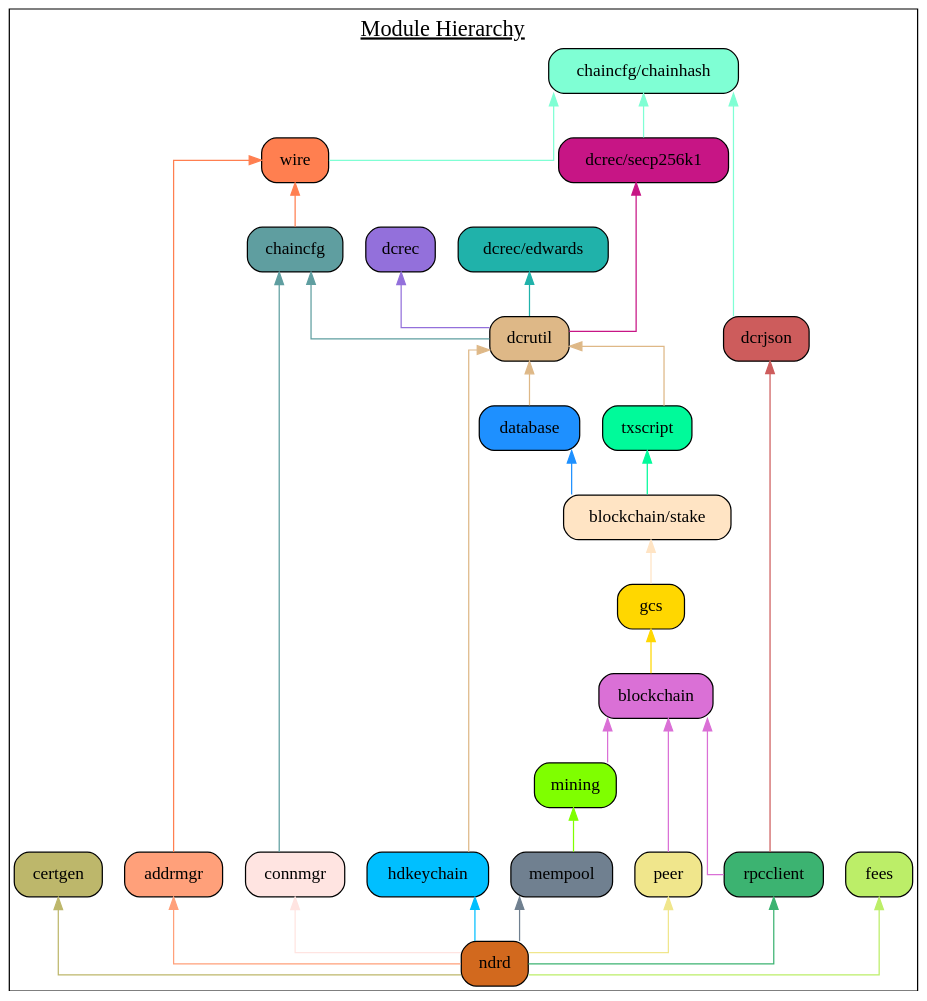
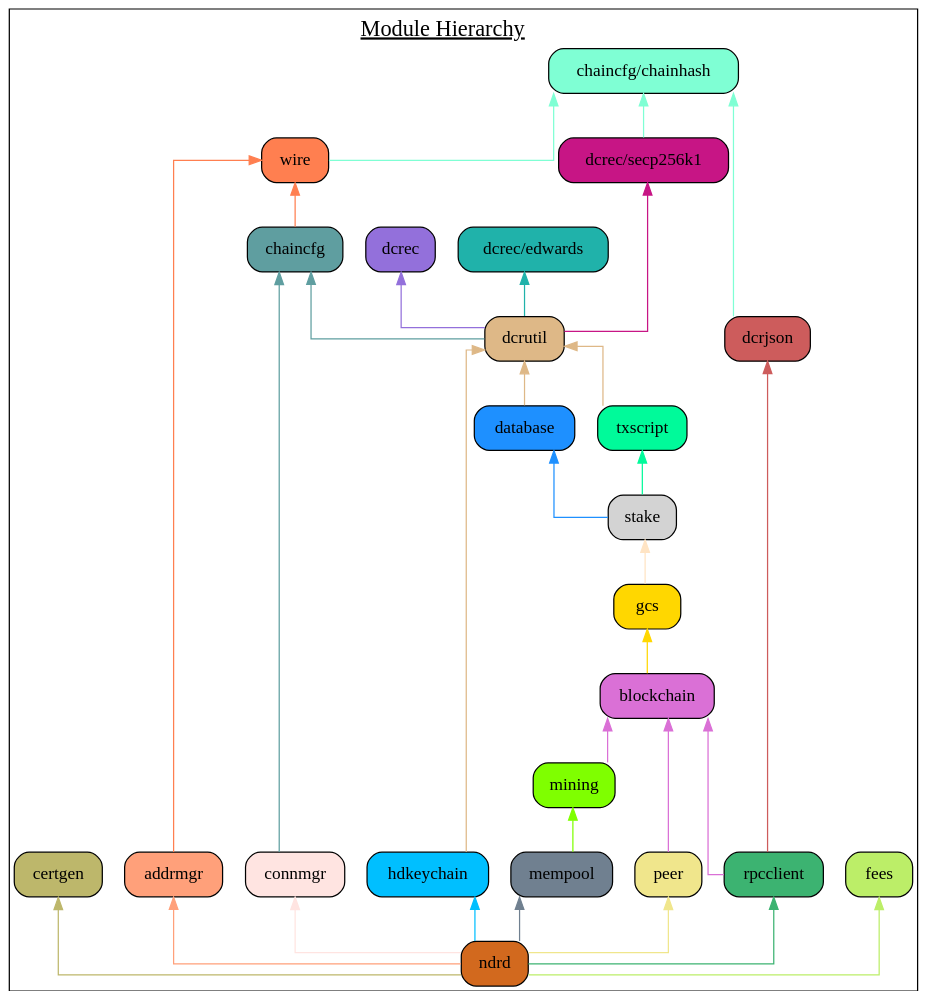
One commit to endurio/foundation-daemon changed the diagram in docs/assets/module_hierarchy.gv. Above: the diagram before and after it, drawn with Graphviz. The commit also changed 8 other files, not shown here.

```diff
--- a/docs/assets/module_hierarchy.gv
+++ b/docs/assets/module_hierarchy.gv
@@ -1,63 +1,62 @@
 digraph {
 	graph [splines=ortho colorscheme=svg label=<<u>Module Hierarchy</u>> labelloc=t fontsize=18.0]
 	node [shape=box style="filled, rounded"]
 
 	certgen [label="certgen" fillcolor=darkkhaki]
 	chainhash [label="chaincfg/chainhash" fillcolor=aquamarine]
 	dcrjson [label="dcrjson" fillcolor=indianred]
 	wire [label="wire" fillcolor=coral]
 	addrmgr [label="addrmgr" fillcolor=lightsalmon]
 	chaincfg [label="chaincfg" fillcolor=cadetblue]
 	connmgr [label="connmgr" fillcolor=mistyrose]
 	dcrec [label="dcrec" fillcolor=mediumpurple]
 	edwards [label="dcrec/edwards" fillcolor=lightseagreen]
 	secp256k1 [label="dcrec/secp256k1" fillcolor=mediumvioletred]
 	dcrutil [label="dcrutil" fillcolor=burlywood]
 	database [label="database" fillcolor=dodgerblue]
 	hdkeychain [label="hdkeychain" fillcolor=deepskyblue]
 	txscript [label="txscript" fillcolor=mediumspringgreen]
-	stake [label="blockchain/stake" fillcolor=bisque]
 	gcs [label="gcs" fillcolor=gold]
 	blockchain [label="blockchain" fillcolor=orchid]
 	mempool [label="mempool" fillcolor=slategray]
 	mining [label="mining" fillcolor=chartreuse]
 	peer [label="peer" fillcolor=khaki]
 	rpcclient [label="rpcclient" fillcolor=mediumseagreen]
 	fees [label="fees" fillcolor=darkolivegreen2]
 	ndrd [label="ndrd" fillcolor=chocolate]
 
 	{rank=same connmgr addrmgr hdkeychain peer rpcclient mempool}
 
 	certgen
 	chainhash -> dcrjson [dir=back color=aquamarine]
 	chainhash -> wire [dir=back color=aquamarine]
 	wire -> addrmgr [dir=back color=coral]
 	wire -> chaincfg [dir=back color=coral]
 	chaincfg -> connmgr [dir=back color=cadetblue]
 	chainhash -> secp256k1 [dir=back color=aquamarine]
 	chaincfg -> dcrutil [dir=back color=cadetblue]
 	dcrec -> dcrutil [dir=back color=mediumpurple]
 	edwards ->  dcrutil [dir=back color=lightseagreen]
 	secp256k1 ->  dcrutil [dir=back color=mediumvioletred]
 	dcrutil -> database [dir=back color=burlywood]
 	dcrutil -> hdkeychain [dir=back color=burlywood]
 	dcrutil -> txscript [dir=back color=burlywood]
 	database ->  stake [dir=back color=dodgerblue]
 	txscript -> stake [dir=back color=mediumspringgreen]
 	stake -> gcs [dir=back color=bisque]
 	gcs -> blockchain [dir=back color=gold]
 	blockchain -> mining [dir=back color=orchid]
 	mining -> mempool [dir=back color=chartreuse]
 	blockchain -> peer [dir=back color=orchid]
 	blockchain -> rpcclient [dir=back color=orchid]
 	dcrjson -> rpcclient [dir=back color=indianred]
 
 	fees -> ndrd [dir=back color=darkolivegreen2]
 	mempool -> ndrd [dir=back color=slategray]
 	certgen -> ndrd [dir=back color=darkkhaki]
 	addrmgr -> ndrd [dir=back color=lightsalmon]
 	hdkeychain -> ndrd [dir=back color=deepskyblue]
 	connmgr -> ndrd [dir=back color=mistyrose]
 	rpcclient -> ndrd [dir=back color=mediumseagreen]
 	peer -> ndrd [dir=back color=khaki]
 }
```
